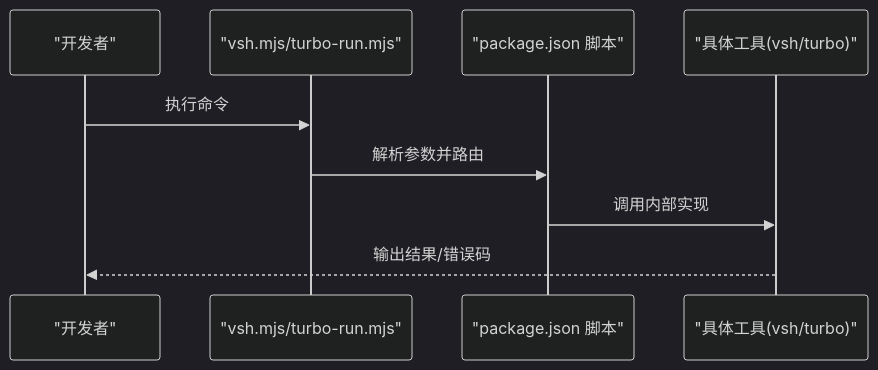
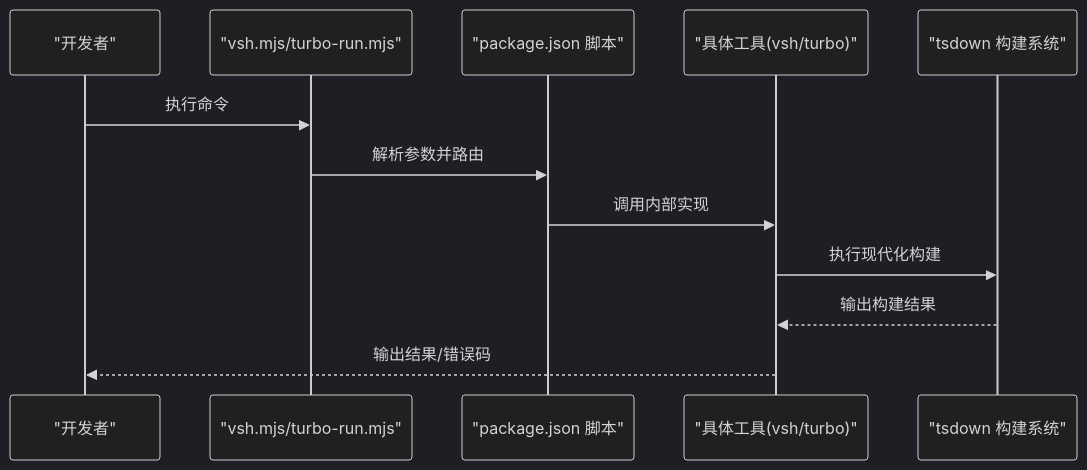
One commit to liuyinzhong/hive changed the seventh of 9 diagrams in .qoder/repowiki/zh/content/开发工具链/开发工具链.md. Above: the diagram before and after it, drawn with Mermaid (dark theme). The commit also changed other lines of this file and 8 other files, not shown here.

````diff
--- a/.qoder/repowiki/zh/content/开发工具链/开发工具链.md
+++ b/.qoder/repowiki/zh/content/开发工具链/开发工具链.md
@@ -313,11 +360,14 @@
 ```mermaid
 sequenceDiagram
 participant Dev as "开发者"
 participant CLI as "vsh.mjs/turbo-run.mjs"
 participant Script as "package.json 脚本"
 participant Tool as "具体工具(vsh/turbo)"
+participant Tsdown as "tsdown 构建系统"
 Dev->>CLI : 执行命令
 CLI->>Script : 解析参数并路由
 Script->>Tool : 调用内部实现
+Tool->>Tsdown : 执行现代化构建
+Tsdown-->>Tool : 输出构建结果
 Tool-->>Dev : 输出结果/错误码
 ```
````
